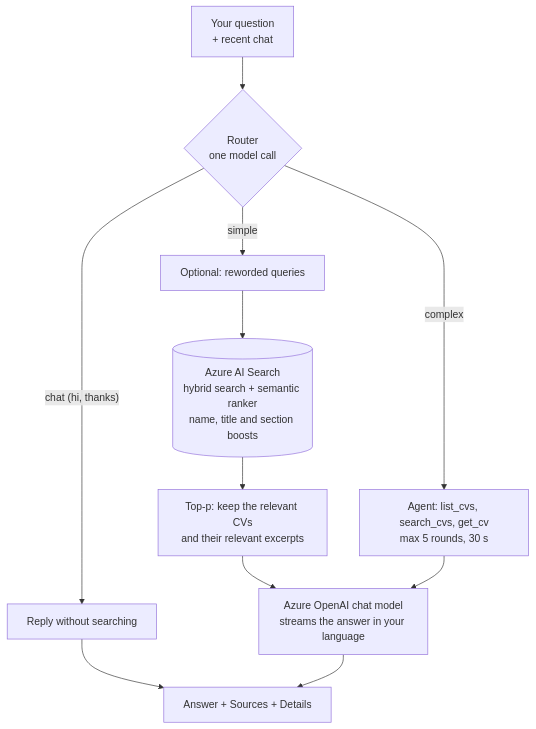
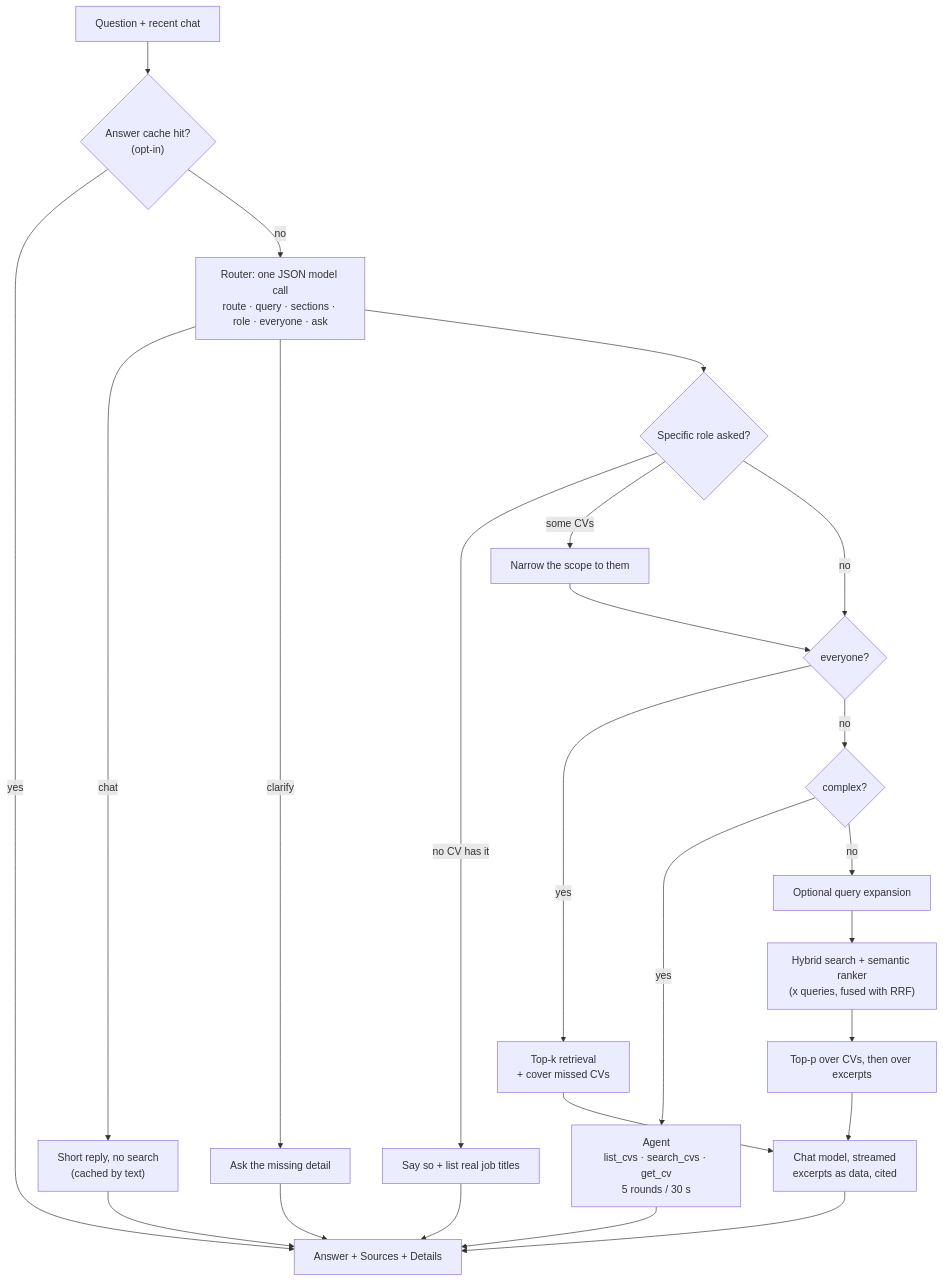
The third of 3 diagrams in README.md (sherif2004/chat-with-cv), drawn with Mermaid before and after one commit. The commit also changed other lines of this file, not shown here.

````diff
--- a/README.md
+++ b/README.md
@@ -86,13 +165,29 @@
 ```mermaid
 flowchart TD
-    Q["Your question<br/>+ recent chat"] --> R{"Router<br/>one model call"}
-    R -- "chat (hi, thanks)" --> C["Reply without searching"]
-    R -- simple --> X["Optional: reworded queries"]
-    X --> S[("Azure AI Search<br/>hybrid search + semantic ranker<br/>name, title and section boosts")]
-    S --> T["Top-p: keep the relevant CVs<br/>and their relevant excerpts"]
-    T --> M["Azure OpenAI chat model<br/>streams the answer in your language"]
-    R -- complex --> G["Agent: list_cvs, search_cvs, get_cv<br/>max 5 rounds, 30 s"]
-    G --> M
-    C --> A["Answer + Sources + Details"]
-    M --> A
+    Q["Question + recent chat"] --> AC{"Answer cache hit?<br/>(opt-in)"}
+    AC -- yes --> OUT
+    AC -- no --> R["Router: one JSON model call<br/>route · query · sections · role · everyone · ask"]
+
+    R -- chat --> CH["Short reply, no search<br/>(cached by text)"]
+    R -- clarify --> CL["Ask the missing detail"]
+    R --> RO{"Specific role asked?"}
+    RO -- "no CV has it" --> RM["Say so + list real job titles"]
+    RO -- "some CVs" --> SC["Narrow the scope to them"]
+    RO -- no --> EV
+    SC --> EV{"everyone?"}
+
+    EV -- yes --> TK["Top-k retrieval<br/>+ cover missed CVs"]
+    EV -- no --> CX{"complex?"}
+    CX -- yes --> AG["Agent<br/>list_cvs · search_cvs · get_cv<br/>5 rounds / 30 s"]
+    CX -- no --> XP["Optional query expansion"]
+    XP --> HS["Hybrid search + semantic ranker<br/>(x queries, fused with RRF)"]
+    HS --> TP["Top-p over CVs, then over excerpts"]
+
+    TK --> GEN
+    TP --> GEN["Chat model, streamed<br/>excerpts as data, cited"]
+    AG --> OUT
+    GEN --> OUT["Answer + Sources + Details"]
+    CH --> OUT
+    CL --> OUT
+    RM --> OUT
 ```
````
